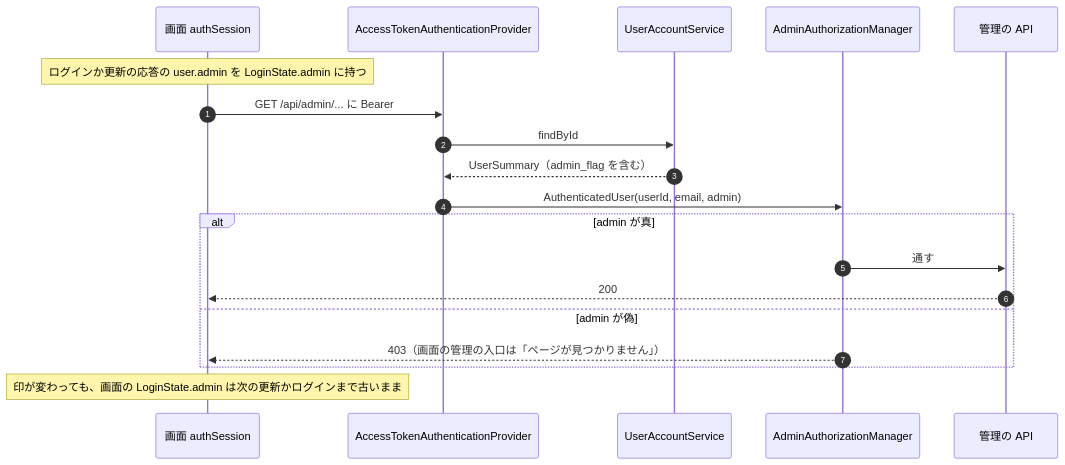
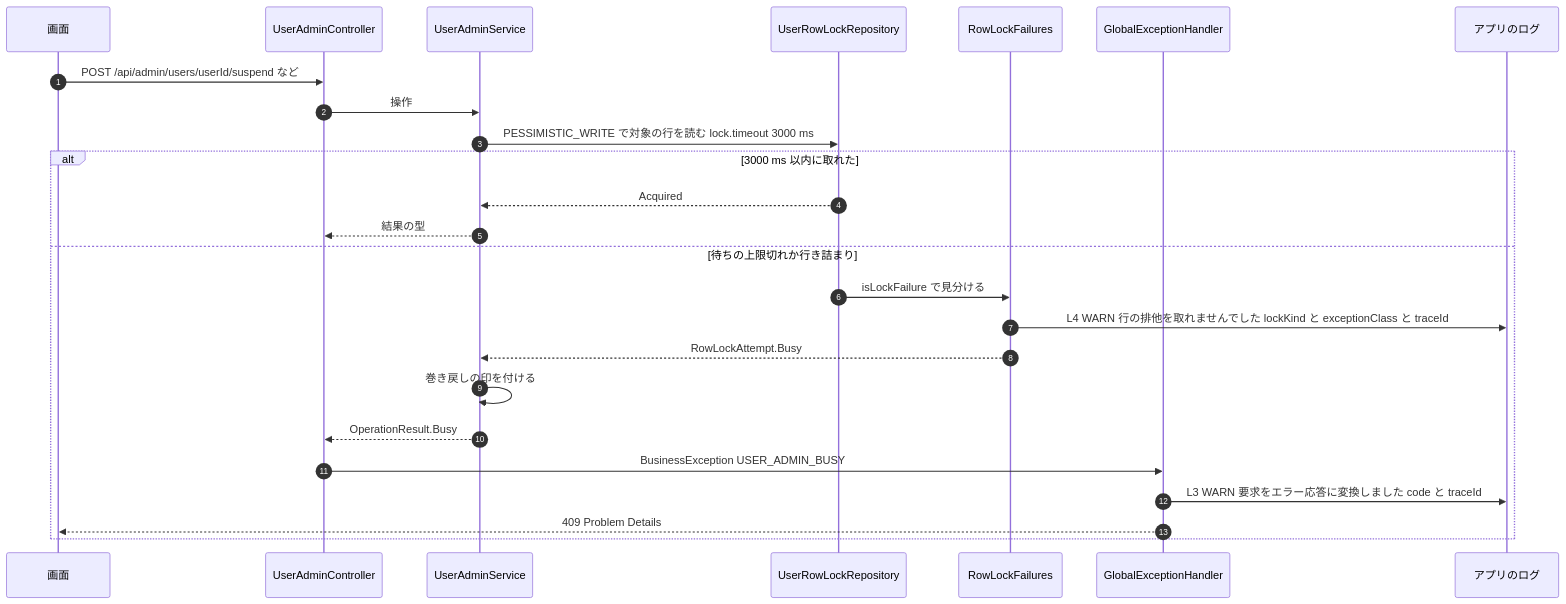
Before and after one commit to agwlvssainokuni/mastersmith2: the fourth of 5 diagrams in aidlc/spaces/default/codekb/mastersmith2/architecture.md, drawn with Mermaid. The commit also changed other lines of this file and 17 other files, not shown here.

````diff
--- a/aidlc/spaces/default/codekb/mastersmith2/architecture.md
+++ b/aidlc/spaces/default/codekb/mastersmith2/architecture.md
@@ -182,22 +208,28 @@
 ```mermaid
 sequenceDiagram
   autonumber
-  participant P as 画面 authSession
-  participant ATP as AccessTokenAuthenticationProvider
-  participant UAS as UserAccountService
-  participant AAM as AdminAuthorizationManager
-  participant C as 管理の API
+  participant P as 画面
+  participant UC as UserAdminController
+  participant US as UserAdminService
+  participant RL as UserRowLockRepository
+  participant RF as RowLockFailures
+  participant GEH as GlobalExceptionHandler
+  participant LOG as アプリのログ
 
-  Note over P: ログインか更新の応答の user.admin を LoginState.admin に持つ
-  P->>ATP: GET /api/admin/... に Bearer
-  ATP->>UAS: findById
-  UAS-->>ATP: UserSummary（admin_flag を含む）
-  ATP->>AAM: AuthenticatedUser(userId, email, admin)
-  alt admin が真
-    AAM->>C: 通す
-    C-->>P: 200
-  else admin が偽
-    AAM-->>P: 403（画面の管理の入口は「ページが見つかりません」）
+  P->>UC: POST /api/admin/users/userId/suspend など
+  UC->>US: 操作
+  US->>RL: PESSIMISTIC_WRITE で対象の行を読む lock.timeout 3000 ms
+  alt 3000 ms 以内に取れた
+    RL-->>US: Acquired
+    US-->>UC: 結果の型
+  else 待ちの上限切れか行き詰まり
+    RL->>RF: isLockFailure で見分ける
+    RF->>LOG: L4 WARN 行の排他を取れませんでした lockKind と exceptionClass と traceId
+    RF-->>US: RowLockAttempt.Busy
+    US->>US: 巻き戻しの印を付ける
+    US-->>UC: OperationResult.Busy
+    UC->>GEH: BusinessException USER_ADMIN_BUSY
+    GEH->>LOG: L3 WARN 要求をエラー応答に変換しました code と traceId
+    GEH-->>P: 409 Problem Details
   end
-  Note over P: 印が変わっても、画面の LoginState.admin は次の更新かログインまで古いまま
 ```
````
